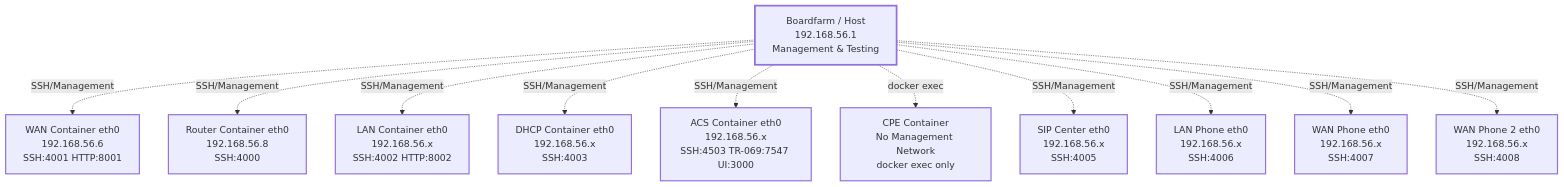
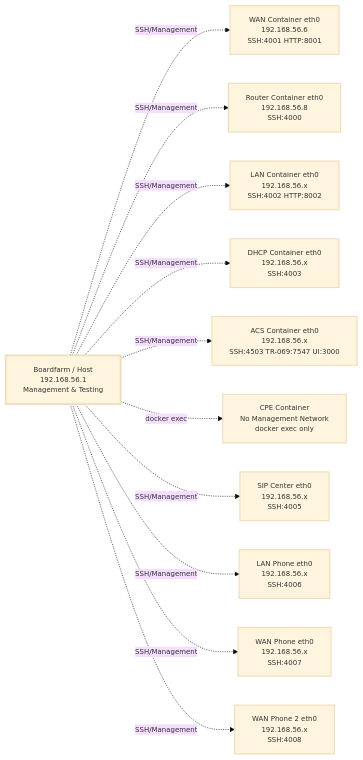
The first of 2 diagrams in docs/Testbed Network Topology.md (alottabits/boardfarm-bdd), drawn with Mermaid before and after one commit. The commit also changed other lines of this file, not shown here.

````diff
--- a/docs/Testbed Network Topology.md
+++ b/docs/Testbed Network Topology.md
@@ -41,35 +41,36 @@
 ```mermaid
-flowchart TB
+%%{init: {'theme': 'base', 'themeVariables': { 'fontSize': '12px', 'fontFamily': 'arial' }}}%%
+flowchart LR
     MGMT[Boardfarm / Host<br/>192.168.56.1<br/>Management & Testing]
 
     WAN_MGMT[WAN Container eth0<br/>192.168.56.6<br/>SSH:4001 HTTP:8001]
     ROUTER_MGMT[Router Container eth0<br/>192.168.56.8<br/>SSH:4000]
     LAN_MGMT[LAN Container eth0<br/>192.168.56.x<br/>SSH:4002 HTTP:8002]
     DHCP_MGMT[DHCP Container eth0<br/>192.168.56.x<br/>SSH:4003]
     ACS_MGMT[ACS Container eth0<br/>192.168.56.x<br/>SSH:4503 TR-069:7547 UI:3000]
     CPE_MGMT[CPE Container<br/>No Management Network<br/>docker exec only]
     SIP_MGMT[SIP Center eth0<br/>192.168.56.x<br/>SSH:4005]
     LAN_PHONE_MGMT[LAN Phone eth0<br/>192.168.56.x<br/>SSH:4006]
     WAN_PHONE_MGMT[WAN Phone eth0<br/>192.168.56.x<br/>SSH:4007]
     WAN_PHONE2_MGMT[WAN Phone 2 eth0<br/>192.168.56.x<br/>SSH:4008]
 
 
     %% Management Connections
     MGMT -.->|SSH/Management| WAN_MGMT
     MGMT -.->|SSH/Management| ROUTER_MGMT
     MGMT -.->|SSH/Management| LAN_MGMT
     MGMT -.->|SSH/Management| DHCP_MGMT
     MGMT -.->|SSH/Management| ACS_MGMT
     MGMT -.->|docker exec| CPE_MGMT
     MGMT -.->|SSH/Management| SIP_MGMT
     MGMT -.->|SSH/Management| LAN_PHONE_MGMT
     MGMT -.->|SSH/Management| WAN_PHONE_MGMT
     MGMT -.->|SSH/Management| WAN_PHONE2_MGMT
 
     %% Styling
     classDef mgmt stroke-width:3px
     classDef management stroke-width:2px
 
     class MGMT mgmt
     class WAN_MGMT,ROUTER_MGMT,LAN_MGMT,DHCP_MGMT,ACS_MGMT,CPE_MGMT,SIP_MGMT,LAN_PHONE_MGMT,WAN_PHONE_MGMT,WAN_PHONE2_MGMT management
 ```
````
